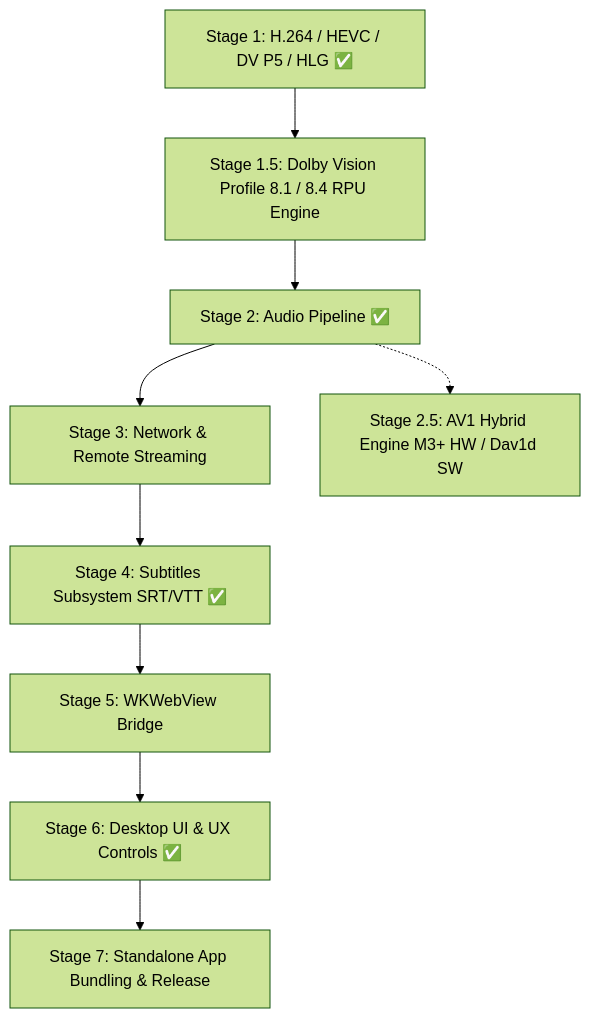
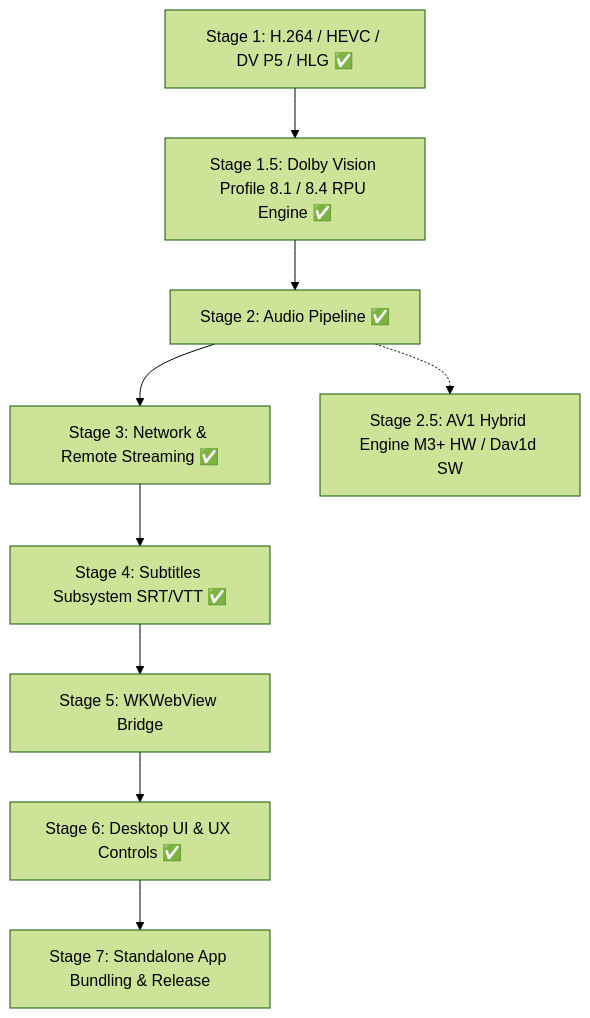
Before and after one commit to ghotriw/metal-player: the diagram in docs/ROADMAP.md, drawn with Mermaid (forest theme). The commit also changed other lines of this file and 10 other files, not shown here.

Commit message:
feat(hdr): add Dolby Vision RPU L1 and L2 trims tone mapping for SDR

````diff
--- a/docs/ROADMAP.md
+++ b/docs/ROADMAP.md
@@ -22,11 +22,11 @@
 ```mermaid
 flowchart TD
-    M1["Stage 1: H.264 / HEVC / DV P5 / HLG ✅"] --> M15["Stage 1.5: Dolby Vision Profile 8.1 / 8.4 RPU Engine"]
+    M1["Stage 1: H.264 / HEVC / DV P5 / HLG ✅"] --> M15["Stage 1.5: Dolby Vision Profile 8.1 / 8.4 RPU Engine ✅"]
     M15 --> M2["Stage 2: Audio Pipeline ✅"]
-    M2 --> M3["Stage 3: Network & Remote Streaming"]
+    M2 --> M3["Stage 3: Network & Remote Streaming ✅"]
     M3 --> M4["Stage 4: Subtitles Subsystem SRT/VTT ✅"]
     M4 --> M5["Stage 5: WKWebView Bridge"]
     M5 --> M6["Stage 6: Desktop UI & UX Controls ✅"]
     M6 --> M7["Stage 7: Standalone App Bundling & Release"]
     M2 -.-> M25["Stage 2.5: AV1 Hybrid Engine M3+ HW / Dav1d SW"]
 ```
````
